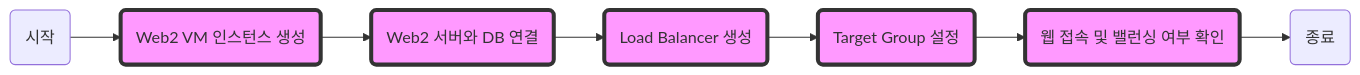
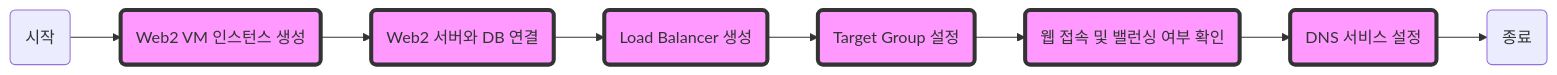
One commit to kakaocloud-edu/tutorial changed the diagram in EssentialBasicCourse/PracticalTextbook/Lab06.md. Above: the diagram before and after it, drawn with Mermaid. The commit also changed other lines of this file, not shown here.

````diff
--- a/EssentialBasicCourse/PracticalTextbook/Lab06.md
+++ b/EssentialBasicCourse/PracticalTextbook/Lab06.md
@@ -5,16 +6,16 @@
 ```mermaid
 graph LR
     시작(시작) --> Web2VM생성(Web2 VM 인스턴스 생성)
     Web2VM생성 --> Web2DB연결(Web2 서버와 DB 연결)
     Web2DB연결 --> LB생성(Load Balancer 생성)
     LB생성 --> 타겟그룹설정(Target Group 설정)
     타겟그룹설정 --> 웹접속및밸런싱확인(웹 접속 및 밸런싱 여부 확인)
-    웹접속및밸런싱확인 --> 종료(종료)
+    웹접속및밸런싱확인 --> DNS설정(DNS 서비스 설정)
+    DNS설정 --> 종료(종료)
 
     %% 강조
-    class Web2VM생성,Web2DB연결,LB생성,타겟그룹설정,웹접속및밸런싱확인 emphasized;
-    
+    class Web2VM생성,Web2DB연결,LB생성,타겟그룹설정,웹접속및밸런싱확인,DNS설정 emphasized;
+
     %% 클래스 스타일
     classDef emphasized fill:#f9f,stroke:#333,stroke-width:4px;
-
 ```
````
